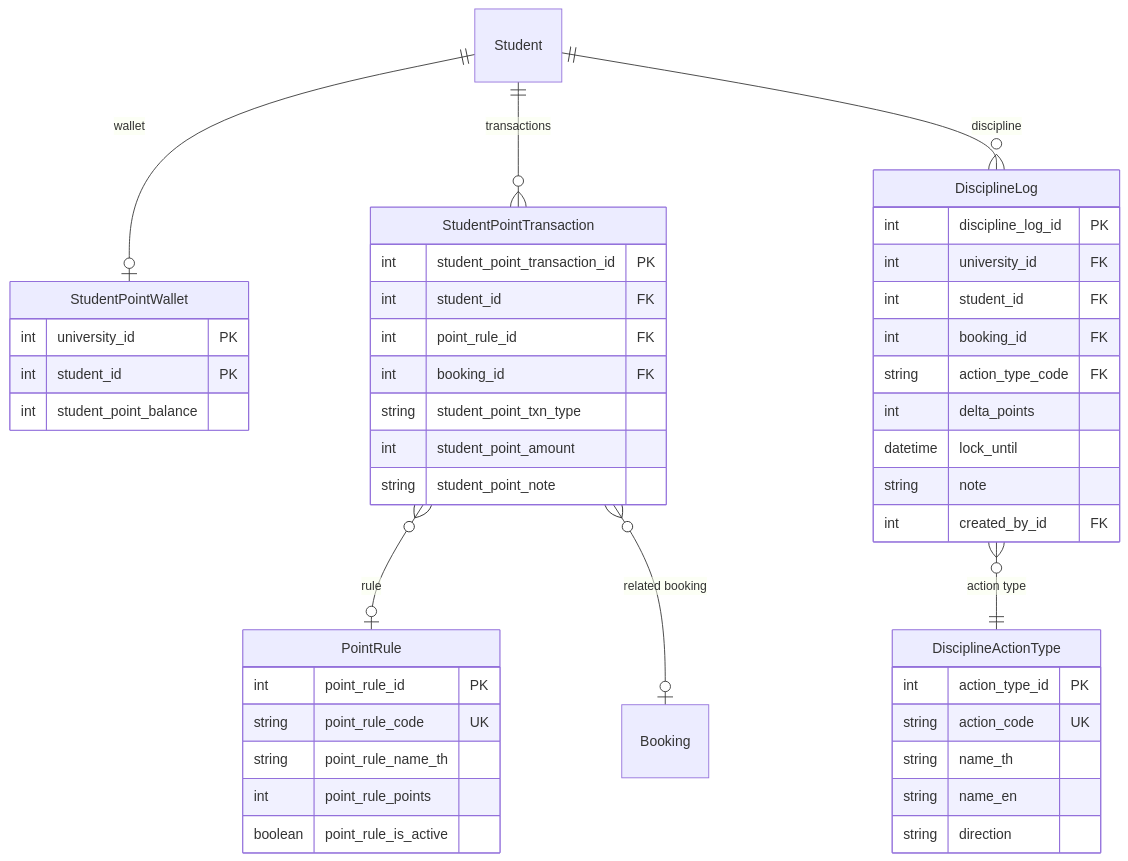
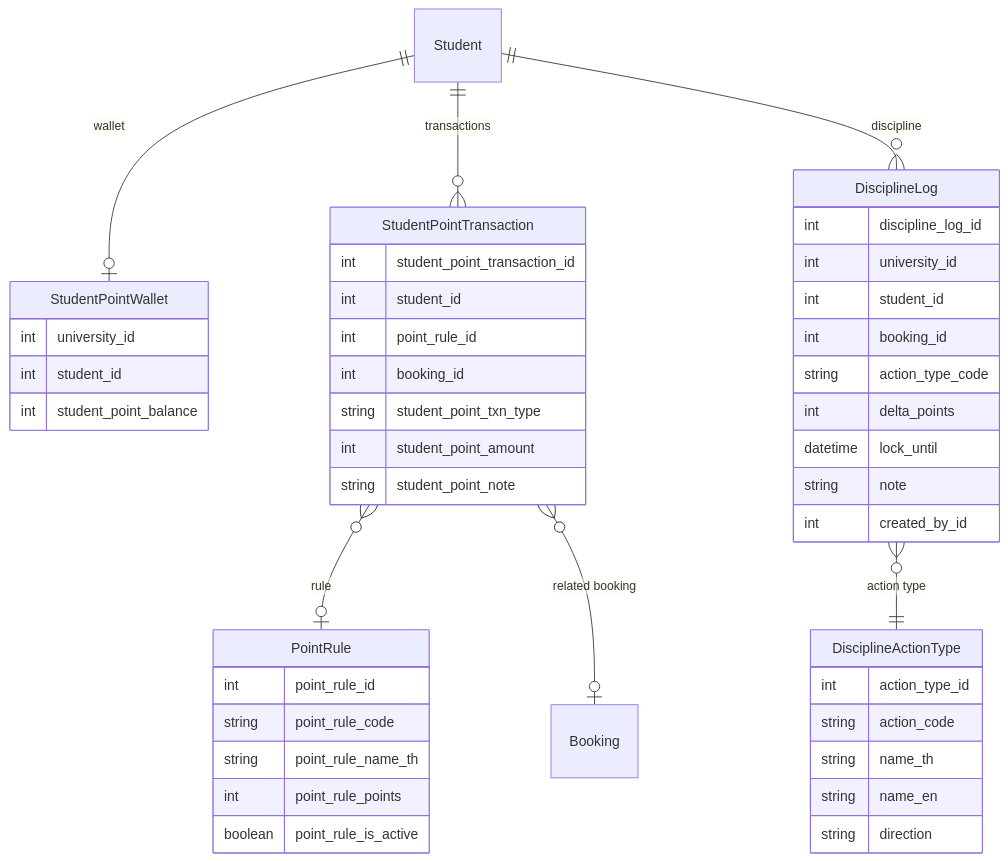
Before and after one commit to BeelzebubCode/wellness-demo1: the eighth of 12 diagrams in prisma/README.md, drawn with Mermaid. The commit also changed other lines of this file, not shown here.

Commit message:
fix: remove PK/FK annotations from Mermaid ERD for GitHub compatibility

````diff
--- a/prisma/README.md
+++ b/prisma/README.md
@@ -493,53 +493,53 @@
 ```mermaid
 erDiagram
     Student ||--o| StudentPointWallet : "wallet"
     Student ||--o{ StudentPointTransaction : "transactions"
     StudentPointTransaction }o--o| PointRule : "rule"
     StudentPointTransaction }o--o| Booking : "related booking"
     Student ||--o{ DisciplineLog : "discipline"
     DisciplineLog }o--|| DisciplineActionType : "action type"
 
     StudentPointWallet {
-        int university_id PK
-        int student_id PK
+        int university_id
+        int student_id
         int student_point_balance
     }
 
     StudentPointTransaction {
-        int student_point_transaction_id PK
-        int student_id FK
-        int point_rule_id FK
-        int booking_id FK
+        int student_point_transaction_id
+        int student_id
+        int point_rule_id
+        int booking_id
         string student_point_txn_type
         int student_point_amount
         string student_point_note
     }
 
     PointRule {
-        int point_rule_id PK
-        string point_rule_code UK
+        int point_rule_id
+        string point_rule_code
         string point_rule_name_th
         int point_rule_points
         boolean point_rule_is_active
     }
 
     DisciplineLog {
-        int discipline_log_id PK
-        int university_id FK
-        int student_id FK
-        int booking_id FK
-        string action_type_code FK
+        int discipline_log_id
+        int university_id
+        int student_id
+        int booking_id
+        string action_type_code
         int delta_points
         datetime lock_until
         string note
-        int created_by_id FK
+        int created_by_id
     }
 
     DisciplineActionType {
-        int action_type_id PK
-        string action_code UK
+        int action_type_id
+        string action_code
         string name_th
         string name_en
         string direction
     }
 ```
````
